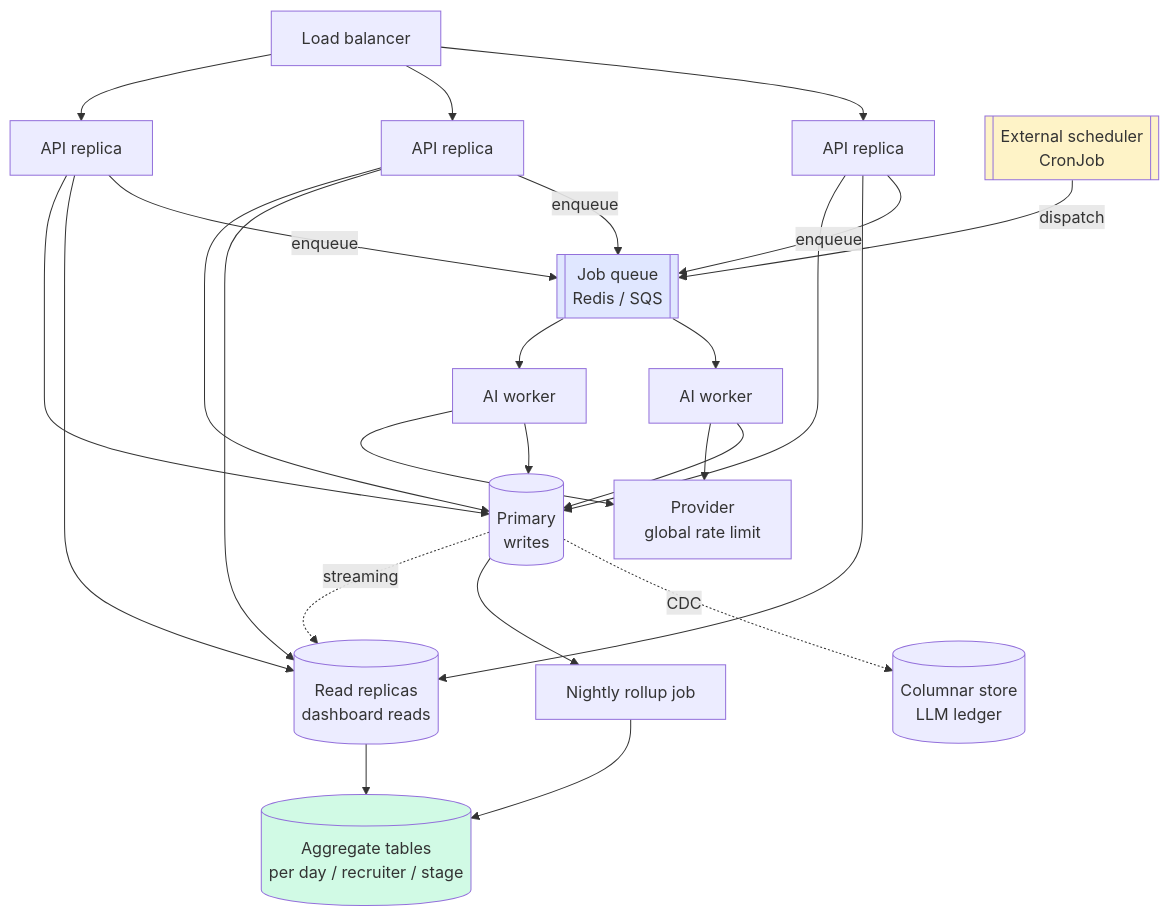
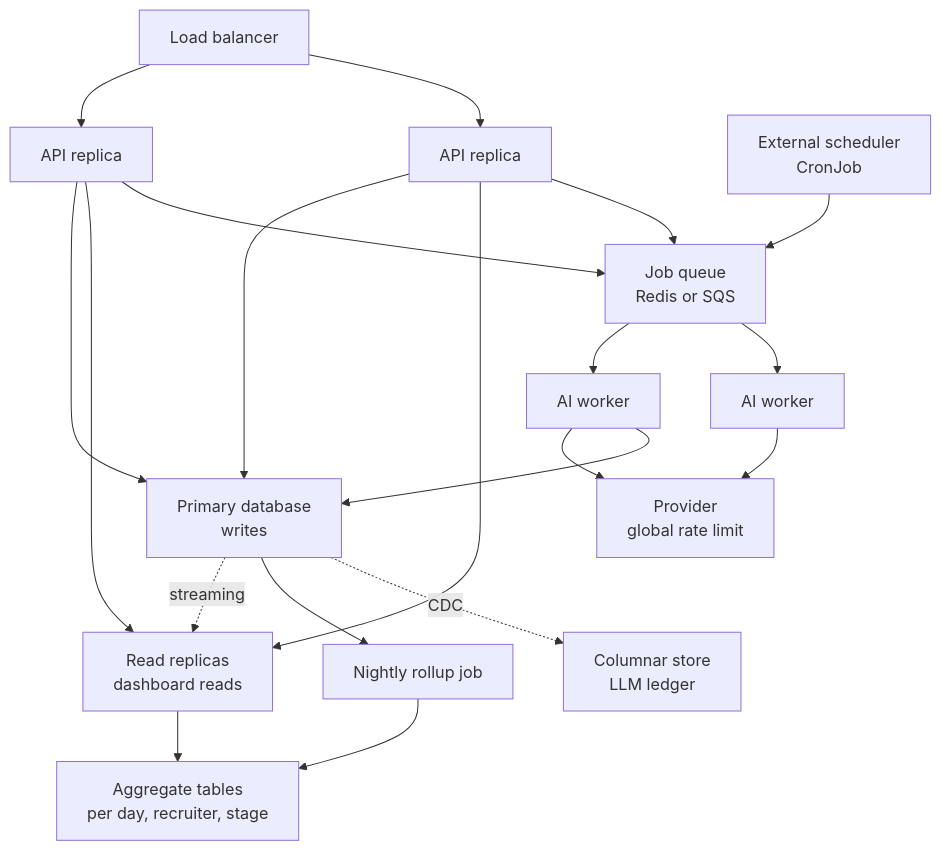
One commit to rezbites/AI-Powered-Post-Offer-Engagement-Platform changed the sixth of 6 diagrams in README.md. Above: the diagram before and after it, drawn with Mermaid. The commit also changed other lines of this file, not shown here.

First line of the commit message:
Rewrite Mermaid diagrams so GitHub can actually render them

````diff
--- a/README.md
+++ b/README.md
@@ -593,28 +612,36 @@
 ```mermaid
 flowchart TB
-    LB[Load balancer] --> API1[API replica]
-    LB --> API2[API replica]
-    LB --> API3[API replica]
+    LB["Load balancer"]
+    API1["API replica"]
+    API2["API replica"]
+    PRIM["Primary database<br/>writes"]
+    RR["Read replicas<br/>dashboard reads"]
+    Q["Job queue<br/>Redis or SQS"]
+    W1["AI worker"]
+    W2["AI worker"]
+    LLM["Provider<br/>global rate limit"]
+    SCHED["External scheduler<br/>CronJob"]
+    ROLL["Nightly rollup job"]
+    AGG["Aggregate tables<br/>per day, recruiter, stage"]
+    COL["Columnar store<br/>LLM ledger"]
 
-    API1 & API2 & API3 --> PRIM[(Primary<br/>writes)]
-    API1 & API2 & API3 --> RR[(Read replicas<br/>dashboard reads)]
-    PRIM -.->|streaming| RR
-
-    API1 & API2 & API3 -->|enqueue| Q[[Job queue<br/>Redis / SQS]]
-    Q --> W1[AI worker]
-    Q --> W2[AI worker]
-    W1 & W2 --> LLM[Provider<br/>global rate limit]
-    W1 & W2 --> PRIM
-
-    SCHED[[External scheduler<br/>CronJob]] -->|dispatch| Q
-
-    PRIM --> ROLL[Nightly rollup job]
-    ROLL --> AGG[(Aggregate tables<br/>per day / recruiter / stage)]
+    LB --> API1
+    LB --> API2
+    API1 --> PRIM
+    API2 --> PRIM
+    API1 --> RR
+    API2 --> RR
+    PRIM -.->|"streaming"| RR
+    API1 --> Q
+    API2 --> Q
+    SCHED --> Q
+    Q --> W1
+    Q --> W2
+    W1 --> LLM
+    W2 --> LLM
+    W1 --> PRIM
+    PRIM --> ROLL
+    ROLL --> AGG
     RR --> AGG
-
-    PRIM -.->|CDC| COL[(Columnar store<br/>LLM ledger)]
-
-    style Q fill:#e0e7ff
-    style AGG fill:#d1fae5
-    style SCHED fill:#fef3c7
+    PRIM -.->|"CDC"| COL
 ```
````
